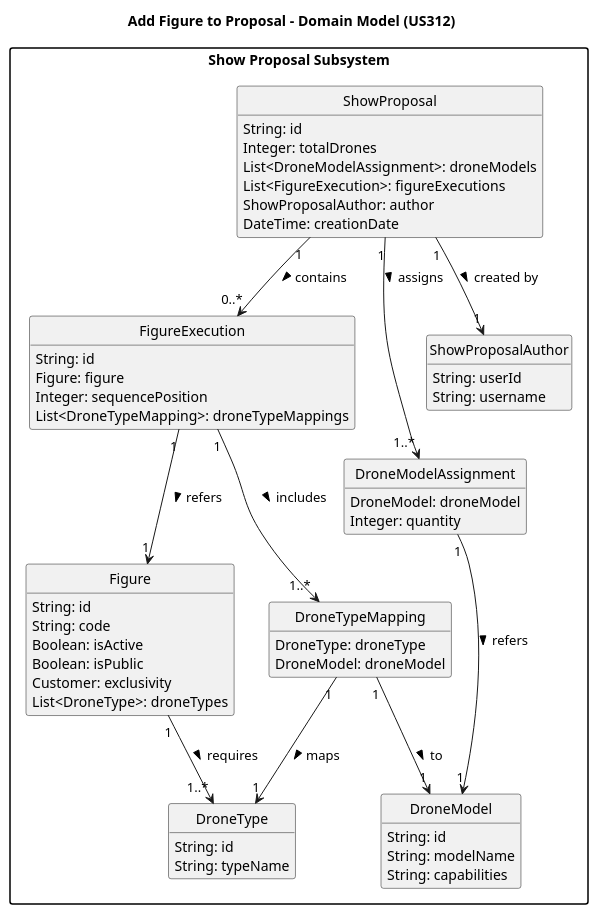
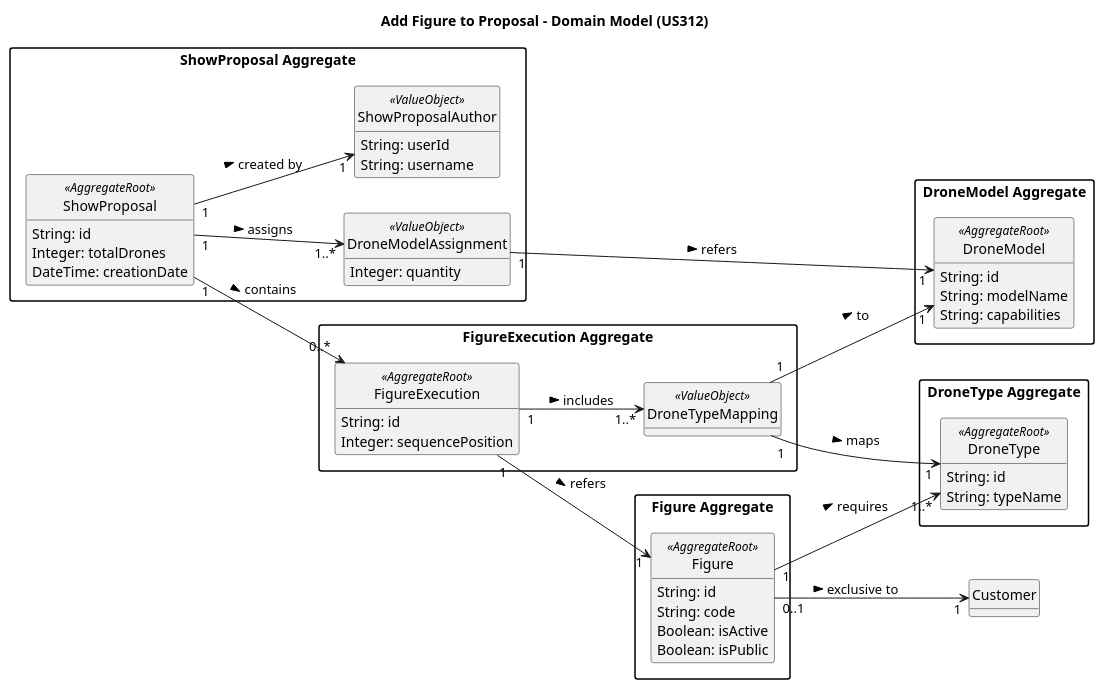
The diagram in docs/planning/sprint3/EAPLI/US312 - Add figures to a proposal (Jorge)/02.analysis/puml/us230-domain-model.puml (SAEmanuel/Shodrone_ISEP), drawn with PlantUML before and after one commit. The commit also changed 8 other files, not shown here.

```diff
--- a/docs/planning/sprint3/EAPLI/US312 - Add figures to a proposal (Jorge)/02.analysis/puml/us230-domain-model.puml
+++ b/docs/planning/sprint3/EAPLI/US312 - Add figures to a proposal (Jorge)/02.analysis/puml/us230-domain-model.puml
@@ -1,76 +1,75 @@
 @startuml
 
 skinparam monochrome true
 skinparam packageStyle rectangle
 skinparam shadowing false
+left to right direction
 
 title Add Figure to Proposal - Domain Model (US312)
 
 hide circles
 hide methods
 
-package "Show Proposal Subsystem" {
-
-    class ShowProposal {
+package "ShowProposal Aggregate" {
+    class ShowProposal <<AggregateRoot>> {
         String: id
         Integer: totalDrones
-        List<DroneModelAssignment>: droneModels
-        List<FigureExecution>: figureExecutions
-        ShowProposalAuthor: author
         DateTime: creationDate
     }
 
-    class FigureExecution {
-        String: id
-        Figure: figure
-        Integer: sequencePosition
-        List<DroneTypeMapping>: droneTypeMappings
+    class DroneModelAssignment <<ValueObject>> {
+        Integer: quantity
     }
 
-    class Figure {
+    class ShowProposalAuthor <<ValueObject>> {
+        String: userId
+        String: username
+    }
+}
+
+package "FigureExecution Aggregate" {
+    class FigureExecution <<AggregateRoot>> {
+        String: id
+        Integer: sequencePosition
+    }
+
+    class DroneTypeMapping <<ValueObject>> {
+    }
+}
+
+package "Figure Aggregate" {
+    class Figure <<AggregateRoot>> {
         String: id
         String: code
         Boolean: isActive
         Boolean: isPublic
-        Customer: exclusivity
-        List<DroneType>: droneTypes
     }
+}
 
-    class DroneTypeMapping {
-        DroneType: droneType
-        DroneModel: droneModel
-    }
-
-    class DroneModelAssignment {
-        DroneModel: droneModel
-        Integer: quantity
-    }
-
-    class DroneModel {
+package "DroneModel Aggregate" {
+    class DroneModel <<AggregateRoot>> {
         String: id
         String: modelName
         String: capabilities
     }
+}
 
-    class DroneType {
+package "DroneType Aggregate" {
+    class DroneType <<AggregateRoot>> {
         String: id
         String: typeName
     }
-
-    class ShowProposalAuthor {
-        String: userId
-        String: username
-    }
-
-    ShowProposal "1" --> "0..*" FigureExecution : contains >
-    FigureExecution "1" --> "1" Figure : refers >
-    FigureExecution "1" --> "1..*" DroneTypeMapping : includes >
-    DroneTypeMapping "1" --> "1" DroneType : maps >
-    DroneTypeMapping "1" --> "1" DroneModel : to >
-    ShowProposal "1" --> "1..*" DroneModelAssignment : assigns >
-    DroneModelAssignment "1" --> "1" DroneModel : refers >
-    ShowProposal "1" --> "1" ShowProposalAuthor : created by >
-    Figure "1" --> "1..*" DroneType : requires >
 }
 
+ShowProposal "1" --> "0..*" FigureExecution : contains >
+ShowProposal "1" --> "1..*" DroneModelAssignment : assigns >
+ShowProposal "1" --> "1" ShowProposalAuthor : created by >
+FigureExecution "1" --> "1" Figure : refers >
+FigureExecution "1" --> "1..*" DroneTypeMapping : includes >
+DroneTypeMapping "1" --> "1" DroneType : maps >
+DroneTypeMapping "1" --> "1" DroneModel : to >
+DroneModelAssignment "1" --> "1" DroneModel : refers >
+Figure "0..1" --> "1" Customer : exclusive to >
+Figure "1" --> "1..*" DroneType : requires >
+
 @enduml
```
